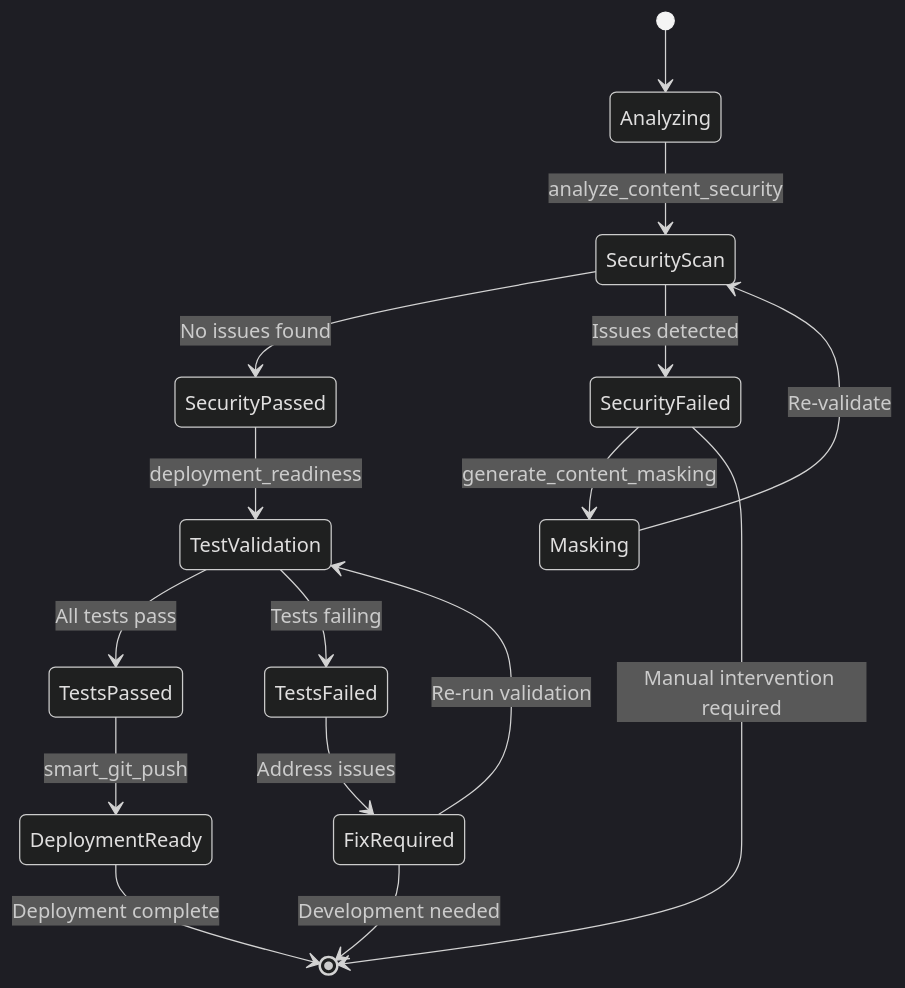
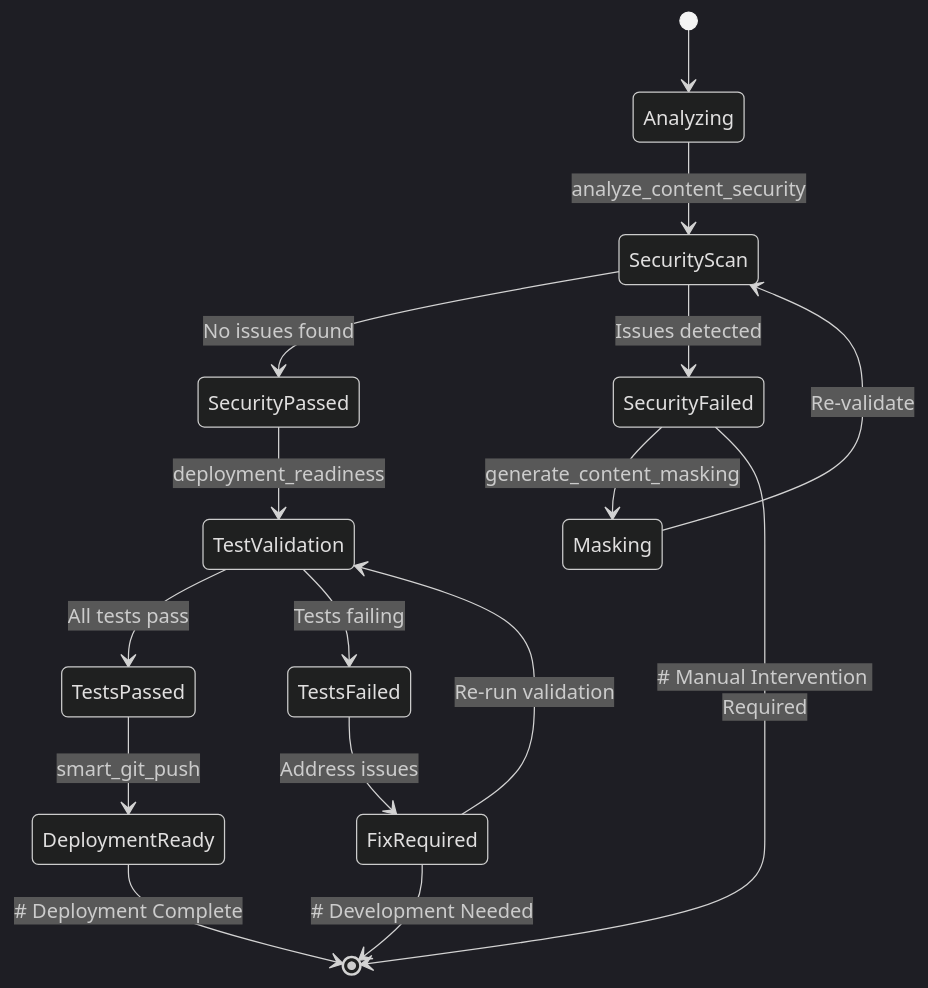
One commit to tosin2013/mcp-adr-analysis-server changed the fifth of 5 diagrams in docs/explanation/mcp-architecture-flow.md. Above: the diagram before and after it, drawn with Mermaid (dark theme). The commit also changed other lines of this file and 234 other files, not shown here.

````diff
--- a/docs/explanation/mcp-architecture-flow.md
+++ b/docs/explanation/mcp-architecture-flow.md
@@ -125,24 +125,24 @@
 ```mermaid
 stateDiagram-v2
     [*] --> Analyzing
     
     Analyzing --> SecurityScan: analyze_content_security
     SecurityScan --> SecurityPassed: No issues found
     SecurityScan --> SecurityFailed: Issues detected
     
     SecurityFailed --> Masking: generate_content_masking
     Masking --> SecurityScan: Re-validate
     
     SecurityPassed --> TestValidation: deployment_readiness
     TestValidation --> TestsPassed: All tests pass
     TestValidation --> TestsFailed: Tests failing
     
     TestsFailed --> FixRequired: Address issues
     FixRequired --> TestValidation: Re-run validation
     
     TestsPassed --> DeploymentReady: smart_git_push
-    DeploymentReady --> [*]: Deployment complete
+    DeploymentReady --> [*]: # Deployment Complete
     
-    SecurityFailed --> [*]: Manual intervention required
-    FixRequired --> [*]: Development needed
+    SecurityFailed --> [*]: # Manual Intervention Required
+    FixRequired --> [*]: # Development Needed
 ```
````
